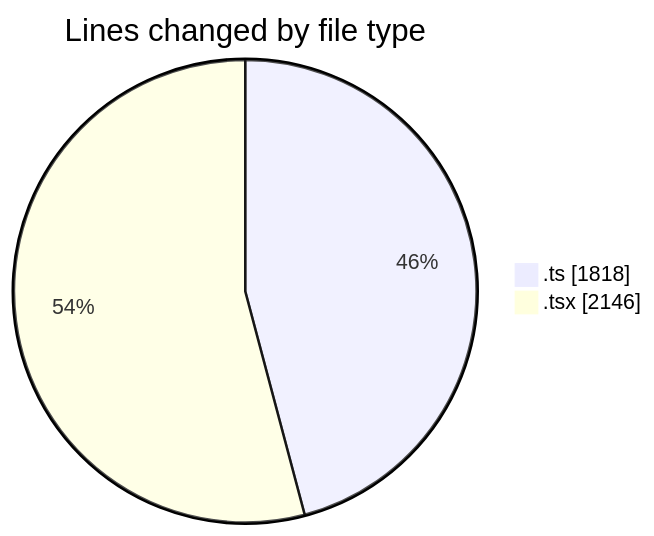
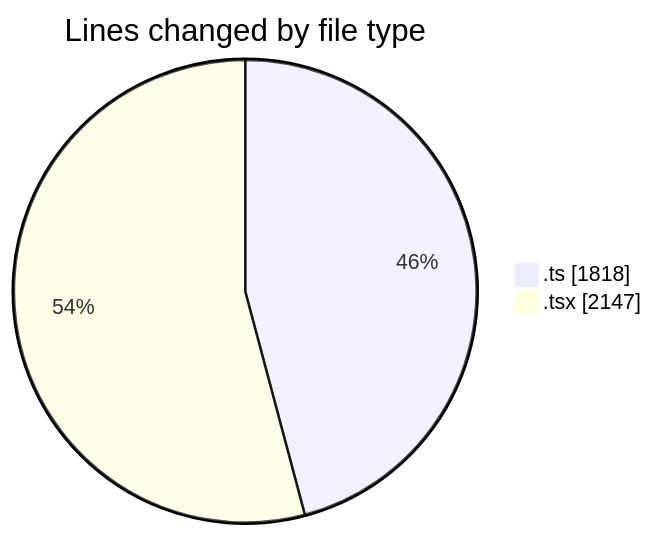
One commit to nxtqubesakshisongat/code-tracking changed the first of 2 diagrams in 2026-03-13/nxtqube_webapp/README.md. Above: the diagram before and after it, drawn with Mermaid. The commit also changed other lines of this file and 1 other file, not shown here.

````diff
--- a/2026-03-13/nxtqube_webapp/README.md
+++ b/2026-03-13/nxtqube_webapp/README.md
@@ -21,6 +21,6 @@
 ```mermaid
 pie showData
 title Lines changed by file type
 ".ts" : 1818
-".tsx" : 2146
+".tsx" : 2147
 ```
````
